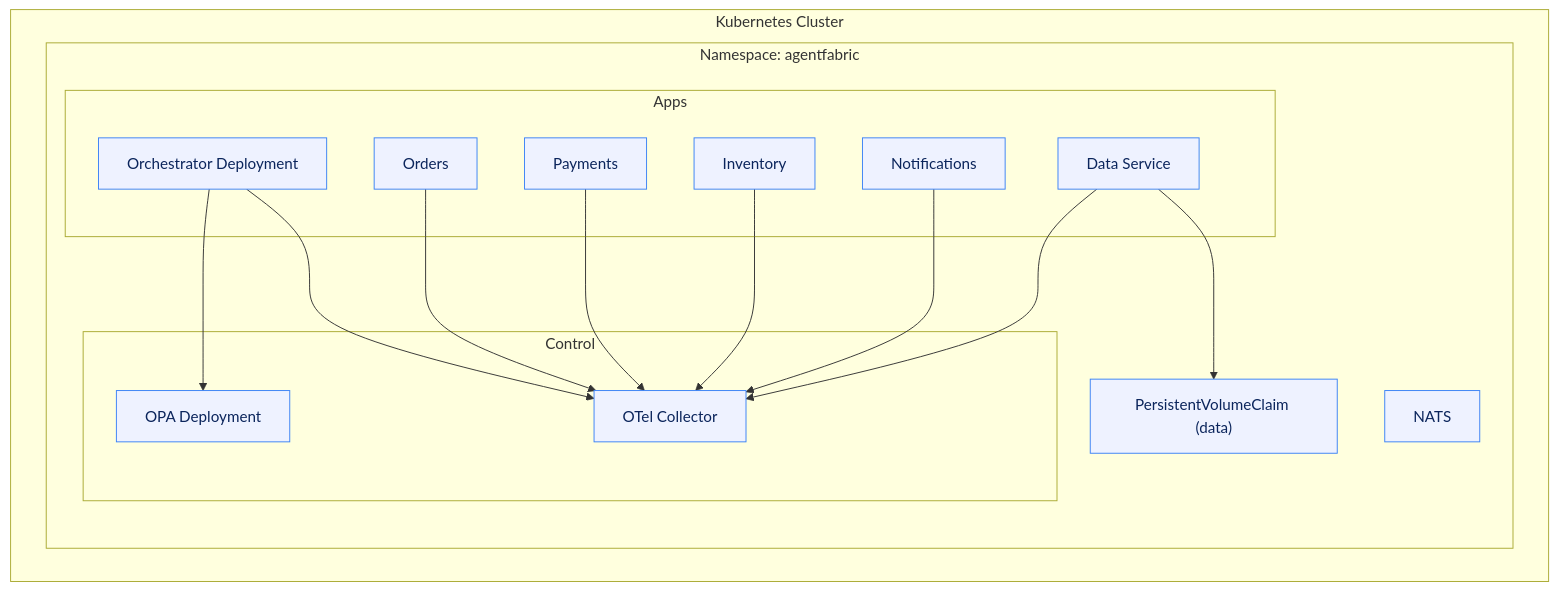
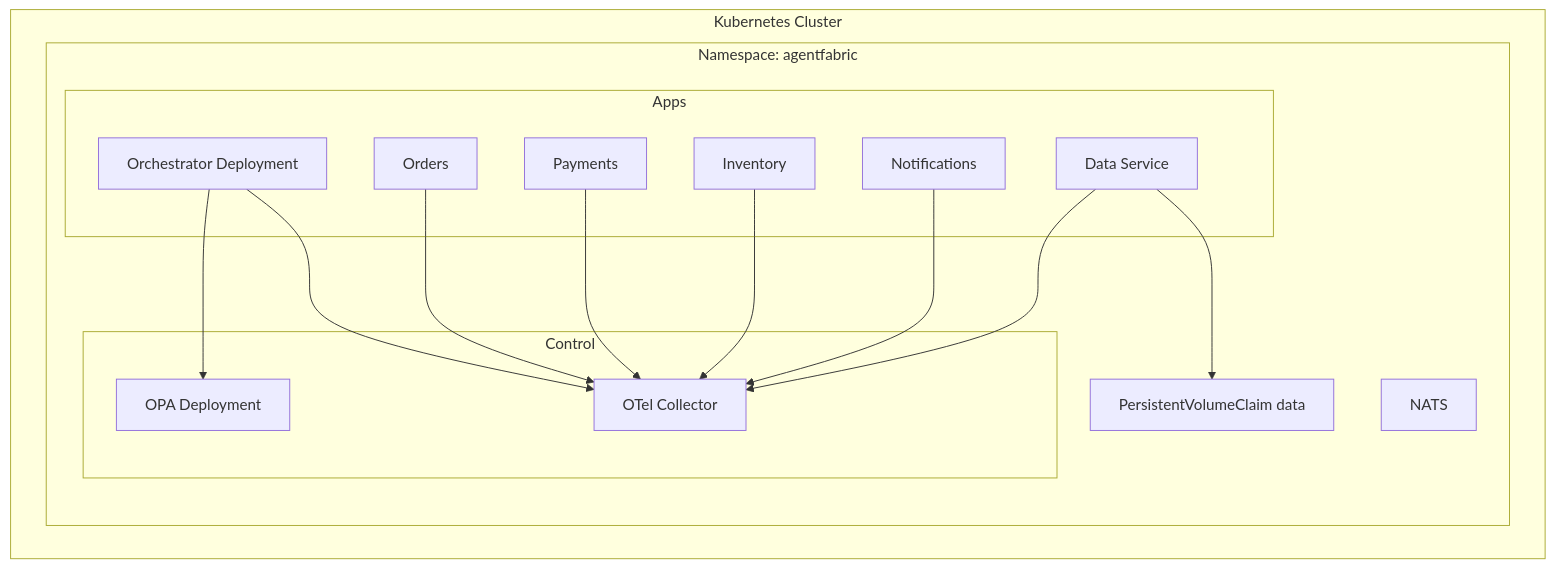
Before and after one commit to 4th/AgenticFabric: the fourth of 4 diagrams in README.md, drawn with Mermaid. The commit also changed other lines of this file, not shown here.

Commit message:
Docs: fix Mermaid diagrams and governance sections

````diff
--- a/README.md
+++ b/README.md
@@ -202,29 +212,30 @@
 ```mermaid
 flowchart TB
   subgraph "Kubernetes Cluster"
     subgraph "Namespace: agentfabric"
       subgraph Control
         OPA["OPA Deployment"]
         OTL["OTel Collector"]
       end
       subgraph Apps
         ORCH["Orchestrator Deployment"]
         ODR["Orders"]
         PAY["Payments"]
         INV["Inventory"]
         NOTI["Notifications"]
         ETL["Data Service"]
       end
       Q["NATS"]
-      PVC["PersistentVolumeClaim (data)"]
+      PVC["PersistentVolumeClaim data"]
     end
   end
 
   ORCH --> OPA
   ORCH --> OTL
-  ODR & PAY & INV & NOTI & ETL --> OTL
+  ODR --> OTL
+  PAY --> OTL
+  INV --> OTL
+  NOTI --> OTL
+  ETL --> OTL
   ETL --> PVC
-
-  classDef k8s fill:#eef2ff,stroke:#3b82f6,color:#0b255c;
-  class OPA,OTL,ORCH,ODR,PAY,INV,NOTI,ETL,Q,PVC k8s;
 ```
````
